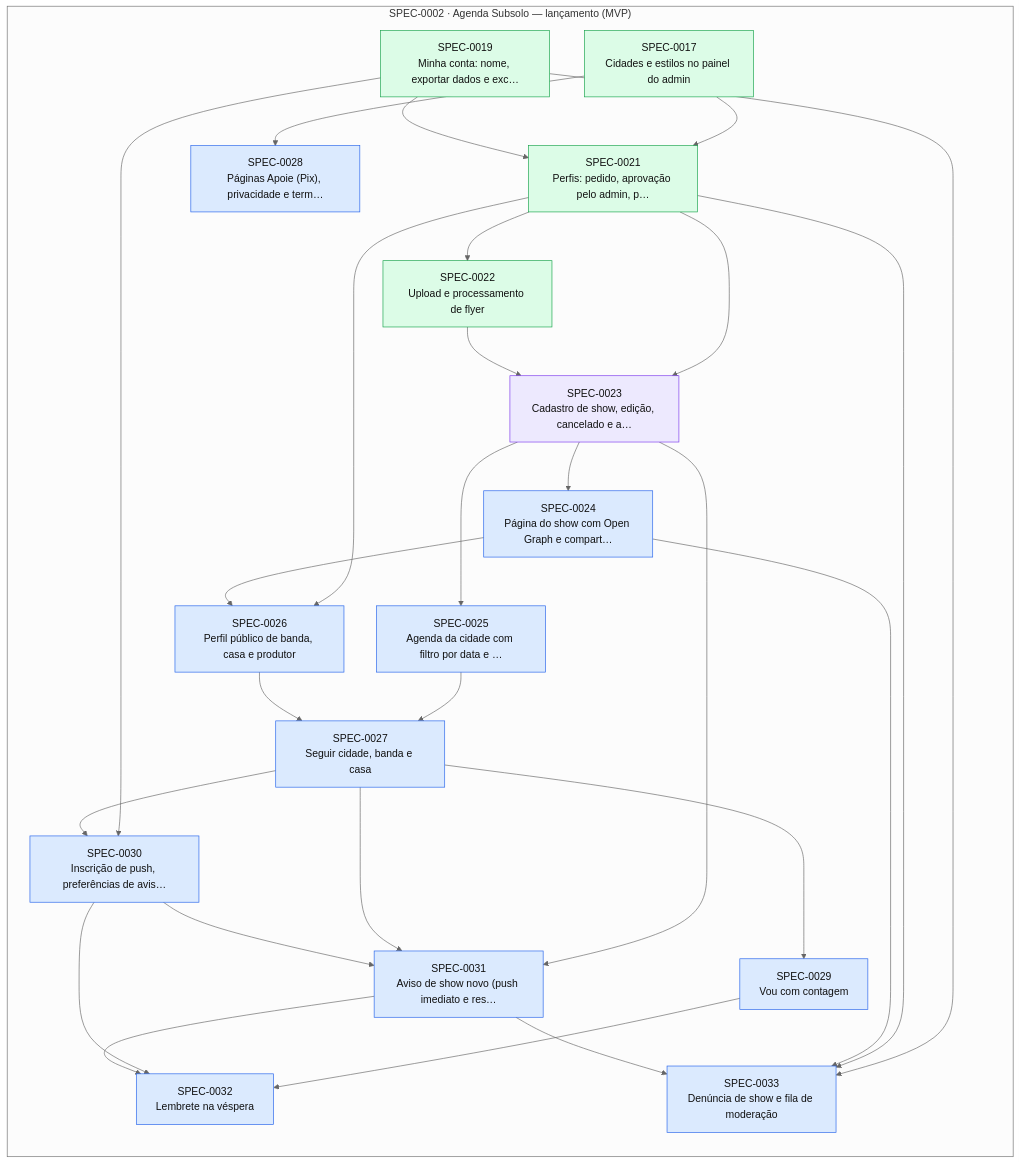
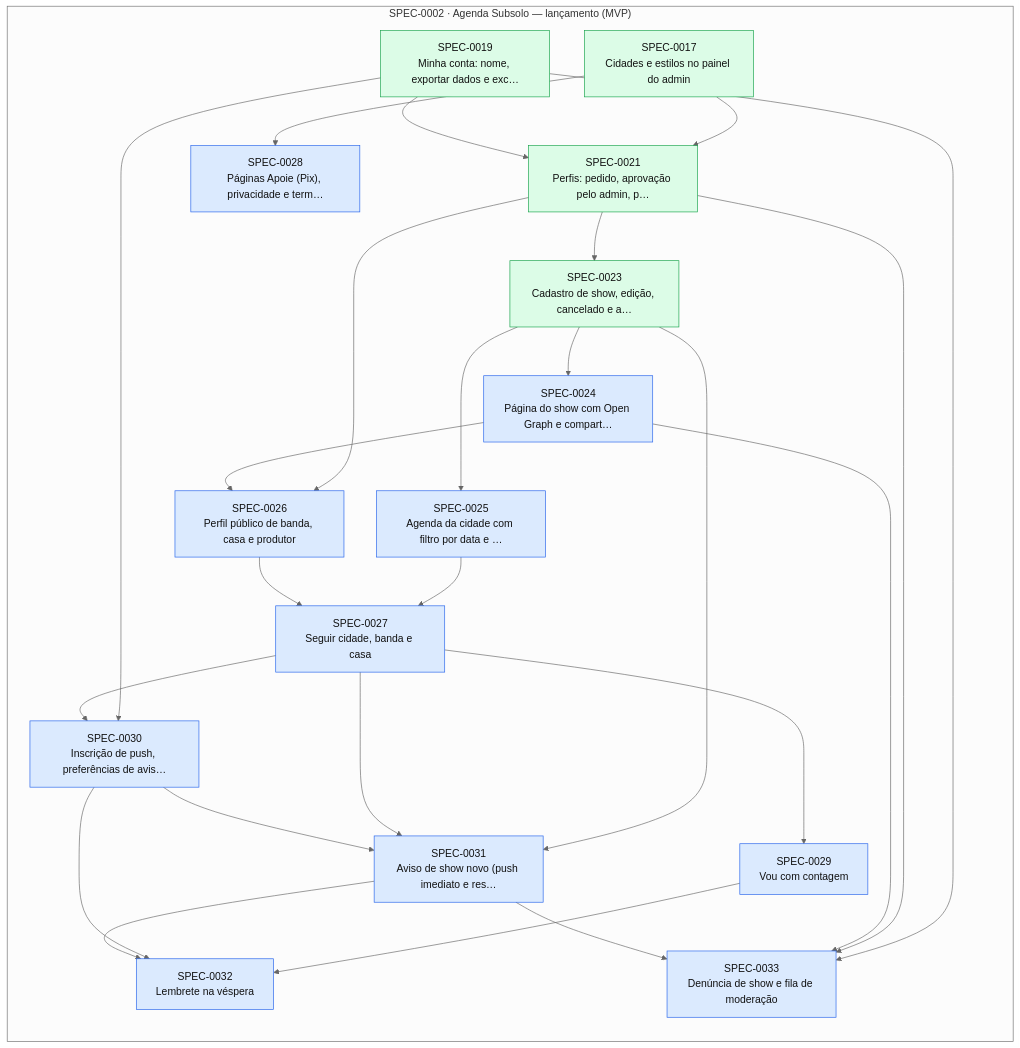
The diagram in docs/specs/INDEX.md (thomasravache/subsolo), drawn with Mermaid (neutral theme) before and after one commit. The commit also changed other lines of this file and 3 other files, not shown here.

````diff
--- a/docs/specs/INDEX.md
+++ b/docs/specs/INDEX.md
@@ -76,50 +75,47 @@
 ```mermaid
 flowchart LR
   subgraph E0002["SPEC-0002 · Agenda Subsolo — lançamento (MVP)"]
     S0017["SPEC-0017<br/>Cidades e estilos no painel do admin"]:::implemented
     S0019["SPEC-0019<br/>Minha conta: nome, exportar dados e exc…"]:::implemented
     S0021["SPEC-0021<br/>Perfis: pedido, aprovação pelo admin, p…"]:::implemented
-    S0022["SPEC-0022<br/>Upload e processamento de flyer"]:::implemented
-    S0023["SPEC-0023<br/>Cadastro de show, edição, cancelado e a…"]:::inprogress
+    S0023["SPEC-0023<br/>Cadastro de show, edição, cancelado e a…"]:::implemented
     S0024["SPEC-0024<br/>Página do show com Open Graph e compart…"]:::approved
     S0025["SPEC-0025<br/>Agenda da cidade com filtro por data e …"]:::approved
     S0026["SPEC-0026<br/>Perfil público de banda, casa e produtor"]:::approved
     S0027["SPEC-0027<br/>Seguir cidade, banda e casa"]:::approved
     S0028["SPEC-0028<br/>Páginas Apoie (Pix), privacidade e term…"]:::approved
     S0029["SPEC-0029<br/>Vou com contagem"]:::approved
     S0030["SPEC-0030<br/>Inscrição de push, preferências de avis…"]:::approved
     S0031["SPEC-0031<br/>Aviso de show novo (push imediato e res…"]:::approved
     S0032["SPEC-0032<br/>Lembrete na véspera"]:::approved
     S0033["SPEC-0033<br/>Denúncia de show e fila de moderação"]:::approved
   end
   S0017 --> S0021
   S0019 --> S0021
-  S0021 --> S0022
   S0021 --> S0023
-  S0022 --> S0023
   S0023 --> S0024
   S0023 --> S0025
   S0021 --> S0026
   S0024 --> S0026
   S0025 --> S0027
   S0026 --> S0027
   S0017 --> S0028
   S0027 --> S0029
   S0019 --> S0030
   S0027 --> S0030
   S0023 --> S0031
   S0027 --> S0031
   S0030 --> S0031
   S0029 --> S0032
   S0030 --> S0032
   S0031 --> S0032
   S0019 --> S0033
   S0021 --> S0033
   S0024 --> S0033
   S0031 --> S0033
   classDef proposed fill:#fef3c7,stroke:#d97706,color:#111
   classDef approved fill:#dbeafe,stroke:#2563eb,color:#111
   classDef inprogress fill:#ede9fe,stroke:#7c3aed,color:#111
   classDef implemented fill:#dcfce7,stroke:#16a34a,color:#111
   classDef deprecated fill:#f3f4f6,stroke:#9ca3af,color:#6b7280
 ```
````
